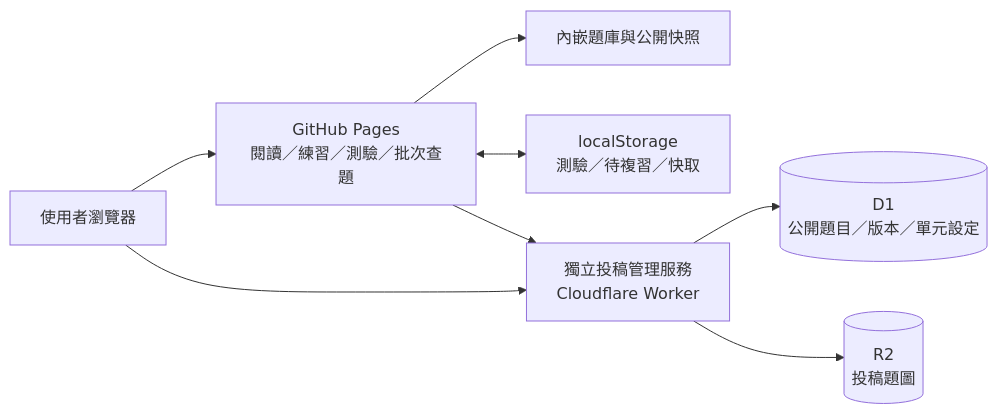
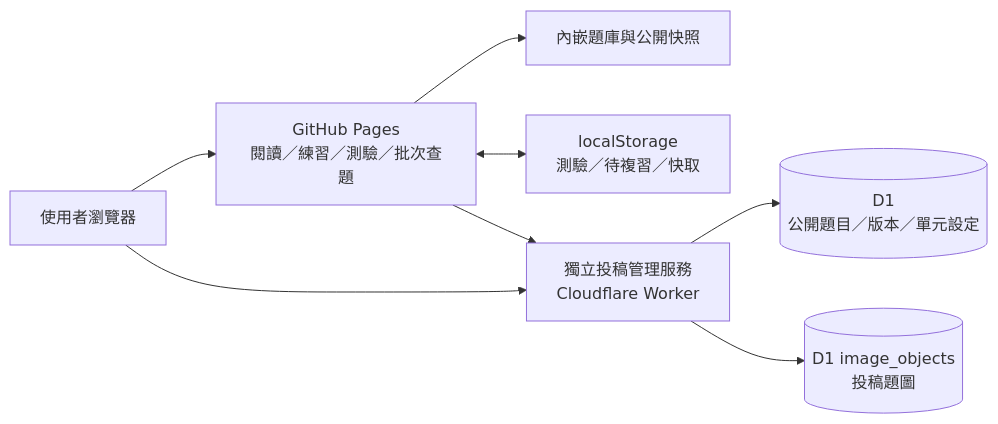
The diagram in README.md (yocheng06/course-library), drawn with Mermaid before and after one commit. The commit also changed other lines of this file and 33 other files, not shown here.

````diff
--- a/README.md
+++ b/README.md
@@ -43,10 +43,10 @@
 ```mermaid
 flowchart LR
   U[使用者瀏覽器] --> P["GitHub Pages<br/>閱讀／練習／測驗／批次查題"]
   P --> S[內嵌題庫與公開快照]
   P <--> L["localStorage<br/>測驗／待複習／快取"]
   P --> A["獨立投稿管理服務<br/>Cloudflare Worker"]
   U --> A
   A --> D[("D1<br/>公開題目／版本／單元設定")]
-  A --> R[("R2<br/>投稿題圖")]
+  A --> I[("D1 image_objects<br/>投稿題圖")]
 ```
````
